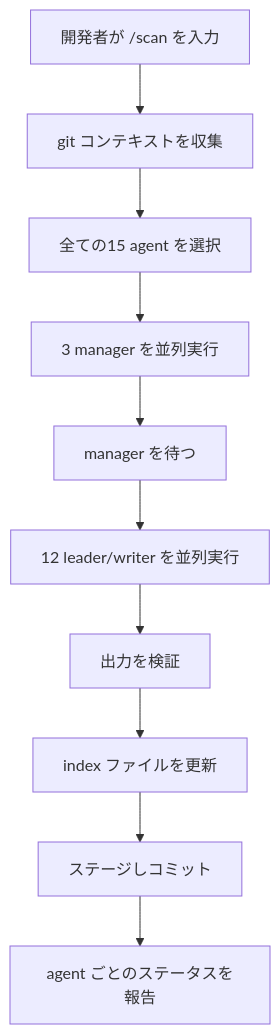
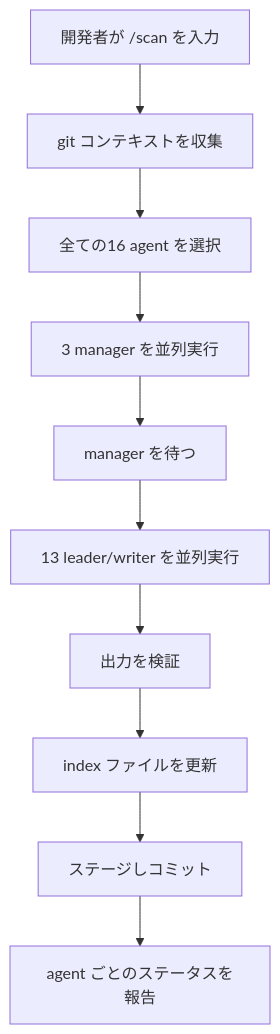
The fourth of 6 diagrams in .workaholic/specs/ux_ja.md (qmu/workaholic), drawn with Mermaid before and after one commit. The commit also changed other lines of this file and 57 other files, not shown here.

````diff
--- a/.workaholic/specs/ux_ja.md
+++ b/.workaholic/specs/ux_ja.md
@@ -299,12 +351,12 @@
 ```mermaid
 flowchart TD
     Start["開発者が /scan を入力"] --> Context["git コンテキストを収集"]
-    Context --> Select["全ての15 agent を選択"]
+    Context --> Select["全ての16 agent を選択"]
     Select --> InvokeM["3 manager を並列実行"]
     InvokeM --> WaitM["manager を待つ"]
-    WaitM --> InvokeL["12 leader/writer を並列実行"]
+    WaitM --> InvokeL["13 leader/writer を並列実行"]
     InvokeL --> Validate["出力を検証"]
     Validate --> Index["index ファイルを更新"]
     Index --> Commit["ステージしコミット"]
     Commit --> Report["agent ごとのステータスを報告"]
 ```
````
